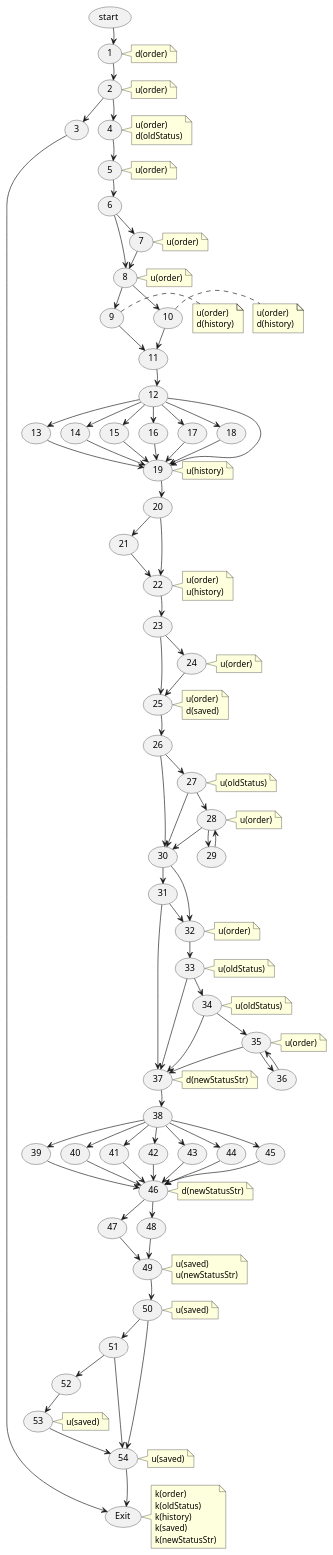
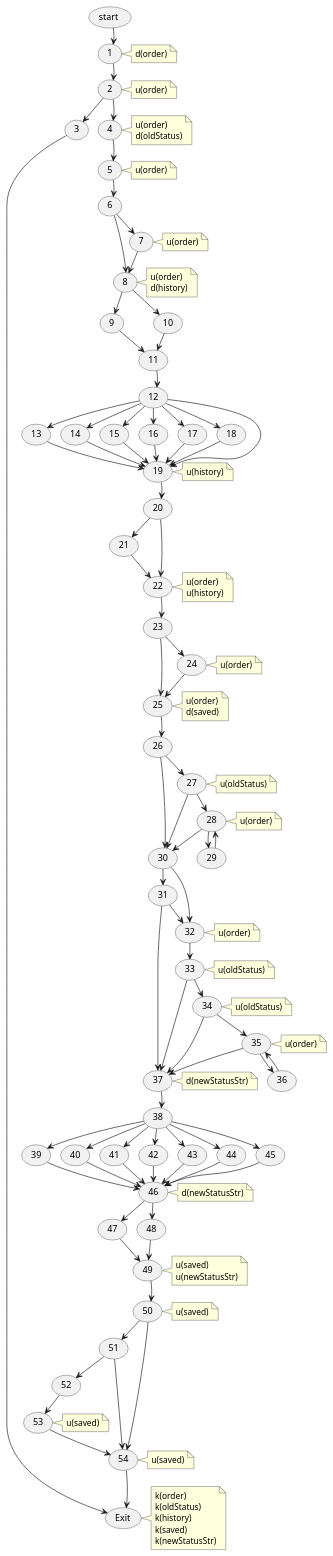
One commit to chuonghoai/MarketPlace changed the diagram in docs/white_box_testing/updateOrderStatus/05_data_flow_graph.puml. Above: the diagram before and after it, drawn with PlantUML. The commit also changed 7 other files, not shown here.

```diff
--- a/docs/white_box_testing/updateOrderStatus/05_data_flow_graph.puml
+++ b/docs/white_box_testing/updateOrderStatus/05_data_flow_graph.puml
@@ -16,11 +16,9 @@
 usecase "7" as n7
 note right of n7 : u(order)
 usecase "8" as n8
-note right of n8 : u(order)
+note right of n8 : u(order)\nd(history)
 usecase "9" as n9
-note right of n9 : u(order)\nd(history)
 usecase "10" as n10
-note right of n10 : u(order)\nd(history)
 usecase "11" as n11
 usecase "12" as n12
 usecase "13" as n13
@@ -91,6 +89,7 @@
 n5 -[hidden]down-> n6
 n6 -[hidden]down-> n8
 n8 -[hidden]down-> n11
+n9 -[hidden]right-> n10
 n11 -[hidden]down-> n12
 n12 -[hidden]down-> n19
 n19 -[hidden]down-> n20
```
